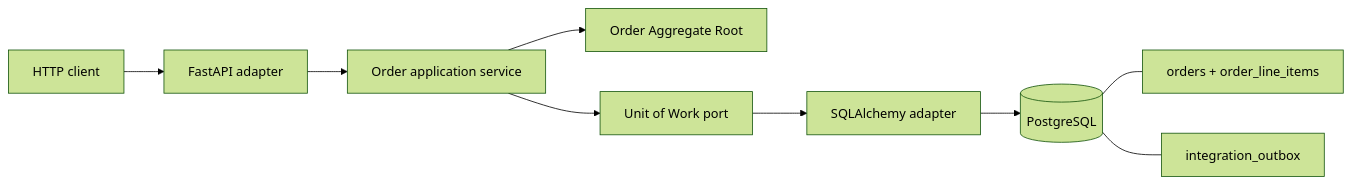
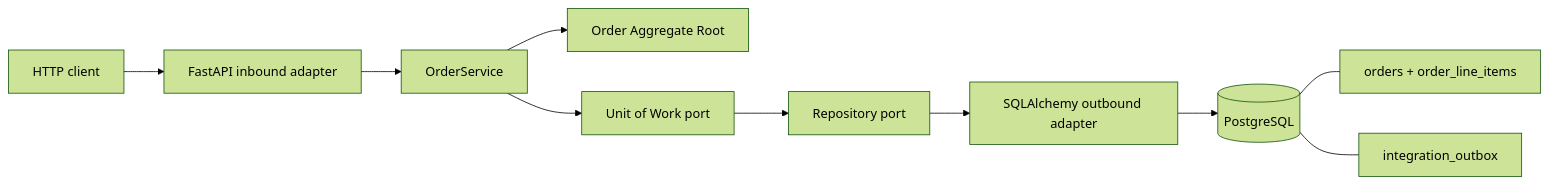
One commit to saverioieva/information-systems-design-big-data-examples changed the first of 2 diagrams in microservices-coordination-and-orchestration/ddd-aggregates/README.md. Above: the diagram before and after it, drawn with Mermaid (forest theme). The commit also changed other lines of this file and 107 other files, not shown here.

````diff
--- a/microservices-coordination-and-orchestration/ddd-aggregates/README.md
+++ b/microservices-coordination-and-orchestration/ddd-aggregates/README.md
@@ -17,11 +20,12 @@
 ```mermaid
 flowchart LR
-  Client[HTTP client] --> API[FastAPI adapter]
-  API --> Service[Order application service]
-  Service --> Root[Order Aggregate Root]
-  Service --> UOW[Unit of Work port]
-  UOW --> SQL[SQLAlchemy adapter]
-  SQL --> DB[(PostgreSQL)]
-  DB --- O[orders + order_line_items]
-  DB --- X[integration_outbox]
+    Client[HTTP client] --> API[FastAPI inbound adapter]
+    API --> Service[OrderService]
+    Service --> Root[Order Aggregate Root]
+    Service --> UOW[Unit of Work port]
+    UOW --> Repo[Repository port]
+    Repo --> SQL[SQLAlchemy outbound adapter]
+    SQL --> DB[(PostgreSQL)]
+    DB --- State[orders + order_line_items]
+    DB --- Outbox[integration_outbox]
 ```
````
